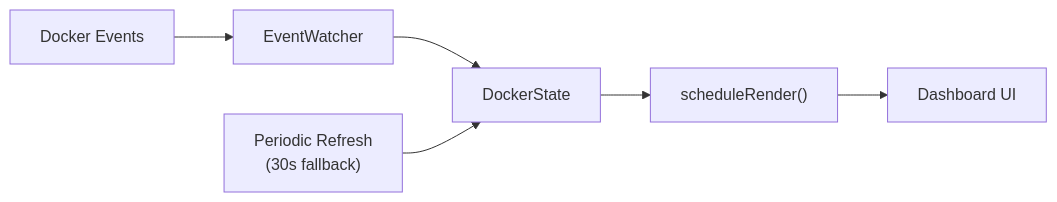
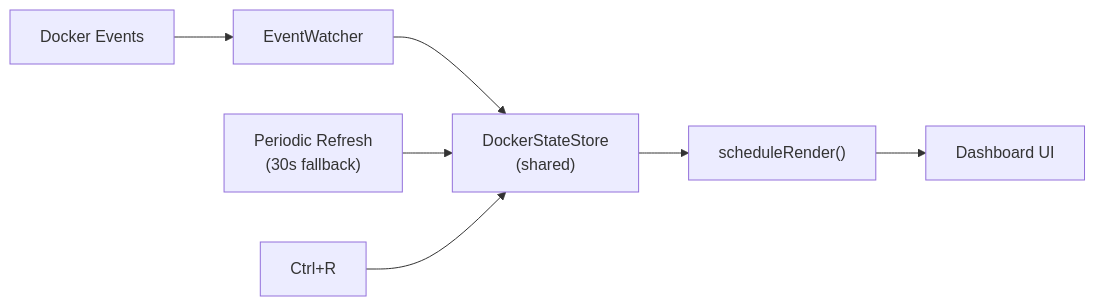
Before and after one commit to cesarandreslopez/sidekick-docker: the second of 2 diagrams in docs/architecture/overview.md, drawn with Mermaid. The commit also changed other lines of this file and 42 other files, not shown here.

````diff
--- a/docs/architecture/overview.md
+++ b/docs/architecture/overview.md
@@ -27,9 +27,10 @@
 ```mermaid
 flowchart LR
     DE["Docker Events"] --> EW["EventWatcher"]
-    EW --> DS["DockerState"]
-    DS --> SR["scheduleRender()"]
+    EW --> ST["DockerStateStore<br/>(shared)"]
+    ST --> SR["scheduleRender()"]
     SR --> UI["Dashboard UI"]
 
-    PR["Periodic Refresh<br/>(30s fallback)"] --> DS
+    PR["Periodic Refresh<br/>(30s fallback)"] --> ST
+    CR["Ctrl+R"] --> ST
 ```
````
